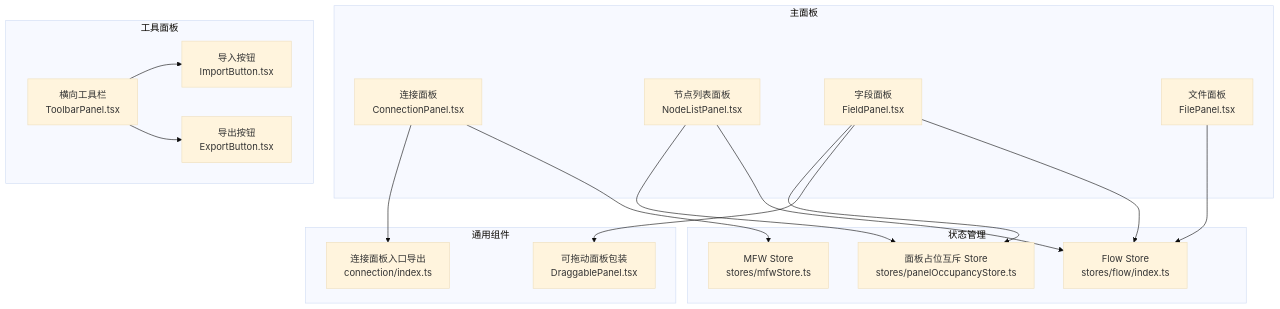
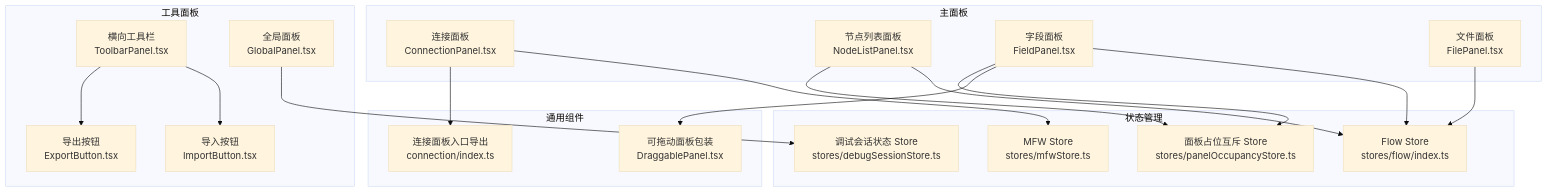
One commit to kqcoxn/MaaPipelineEditor changed the first of 9 diagrams in .qoder/repowiki/zh/content/面板与组件/主要面板/主要面板.md. Above: the diagram before and after it, drawn with Mermaid (base theme). The commit also changed other lines of this file and 19 other files, not shown here.

````diff
--- a/.qoder/repowiki/zh/content/面板与组件/主要面板/主要面板.md
+++ b/.qoder/repowiki/zh/content/面板与组件/主要面板/主要面板.md
@@ -45,33 +57,36 @@
 ```mermaid
 graph TB
 subgraph "主面板"
 CP["连接面板<br/>ConnectionPanel.tsx"]
 NLP["节点列表面板<br/>NodeListPanel.tsx"]
 FP["字段面板<br/>FieldPanel.tsx"]
 FIP["文件面板<br/>FilePanel.tsx"]
 end
 subgraph "工具面板"
 TP["横向工具栏<br/>ToolbarPanel.tsx"]
+GP["全局面板<br/>GlobalPanel.tsx"]
 IMP["导入按钮<br/>ImportButton.tsx"]
 EXP["导出按钮<br/>ExportButton.tsx"]
 end
 subgraph "通用组件"
 DP["可拖动面板包装<br/>DraggablePanel.tsx"]
 CONNIDX["连接面板入口导出<br/>connection/index.ts"]
 end
 subgraph "状态管理"
 FS["Flow Store<br/>stores/flow/index.ts"]
 MFW["MFW Store<br/>stores/mfwStore.ts"]
 POS["面板占位互斥 Store<br/>stores/panelOccupancyStore.ts"]
+DSS["调试会话状态 Store<br/>stores/debugSessionStore.ts"]
 end
 TP --> IMP
 TP --> EXP
 CP --> MFW
 FP --> FS
 NLP --> FS
 FIP --> FS
 FP --> DP
 CP --> CONNIDX
 FP --> POS
 NLP --> POS
+GP --> DSS
 ```
````
